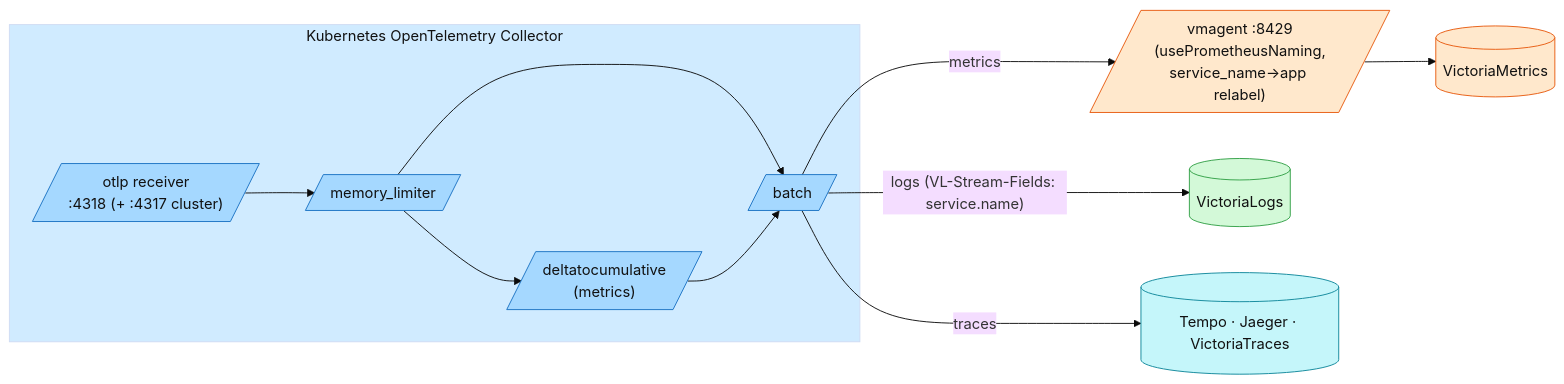
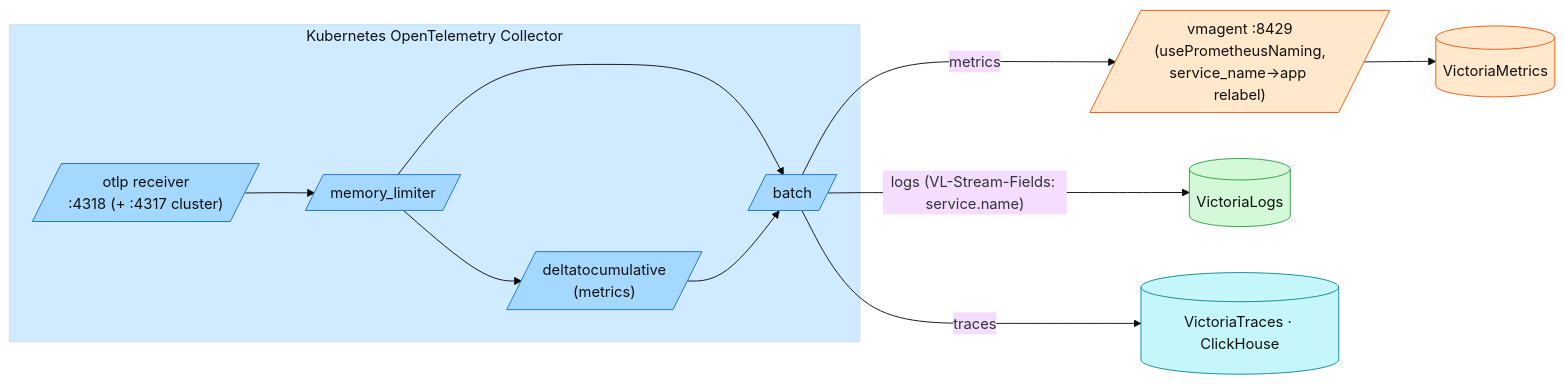
The sixth of 8 diagrams in docs/observability/opentelemetry/fundamentals.md (duynhlab/homelab), drawn with Mermaid (base theme) before and after one commit. The commit also changed other lines of this file and 57 other files, not shown here.

````diff
--- a/docs/observability/opentelemetry/fundamentals.md
+++ b/docs/observability/opentelemetry/fundamentals.md
@@ -331,24 +333,24 @@
 ```mermaid
 flowchart LR
     subgraph col["Kubernetes OpenTelemetry Collector"]
         rcv[/"otlp receiver<br/>:4318 (+ :4317 cluster)"/]
         ml[/"memory_limiter"/]
         d2c[/"deltatocumulative<br/>(metrics)"/]
         batch[/"batch"/]
         rcv --> ml --> batch
         ml --> d2c --> batch
     end
     batch -->|"metrics"| vma[/"vmagent :8429<br/>(usePrometheusNaming,<br/>service_name→app relabel)"/]
     vma --> vm[(VictoriaMetrics)]
     batch -->|"logs (VL-Stream-Fields: service.name)"| vl[(VictoriaLogs)]
-    batch -->|"traces"| tr[(Tempo · Jaeger · VictoriaTraces)]
+    batch -->|"traces"| tr[(VictoriaTraces · ClickHouse)]
     classDef otc fill:#a5d8ff,stroke:#1971c2,color:#111;
     classDef metric fill:#ffe8cc,stroke:#e8590c,color:#111;
     classDef log fill:#d3f9d8,stroke:#2f9e44,color:#111;
     classDef trace fill:#c5f6fa,stroke:#0c8599,color:#111;
     class rcv,ml,d2c,batch otc;
     class vma,vm metric;
     class vl log;
     class tr trace;
     style col fill:#d0ebff,color:#111;
 ```
````
